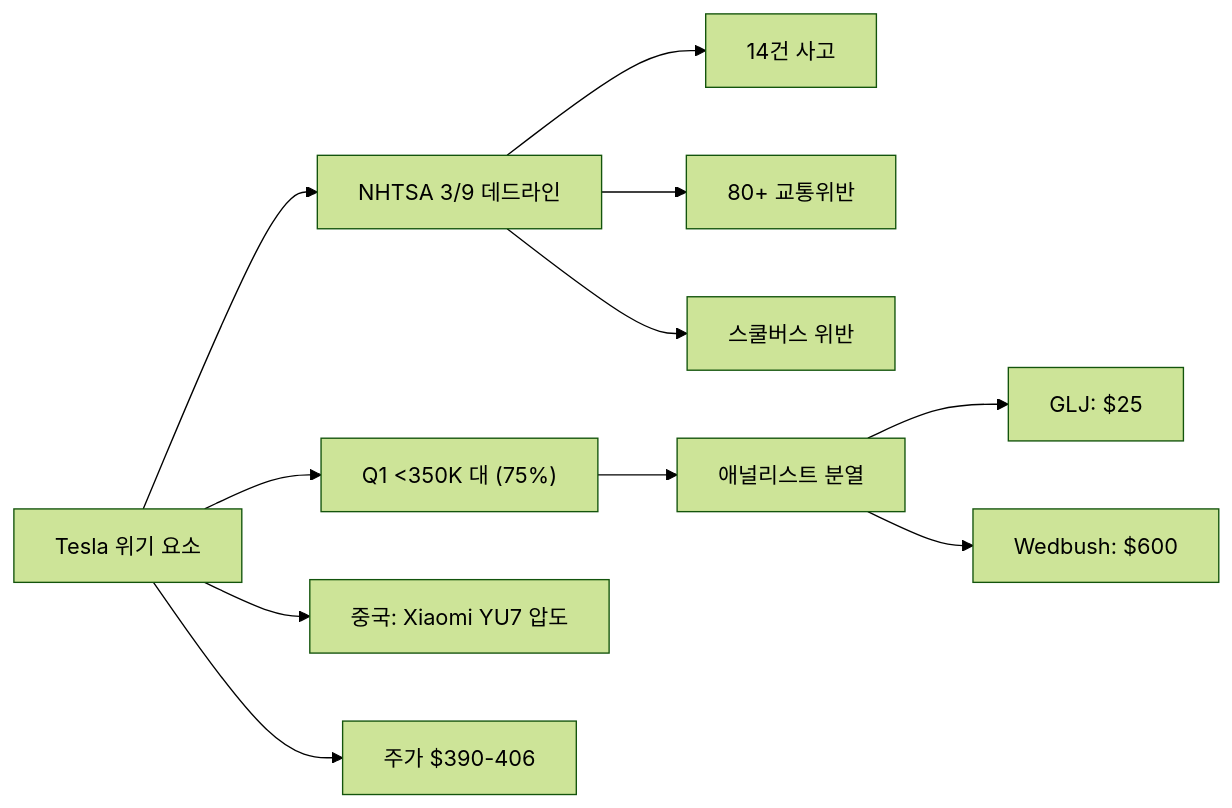
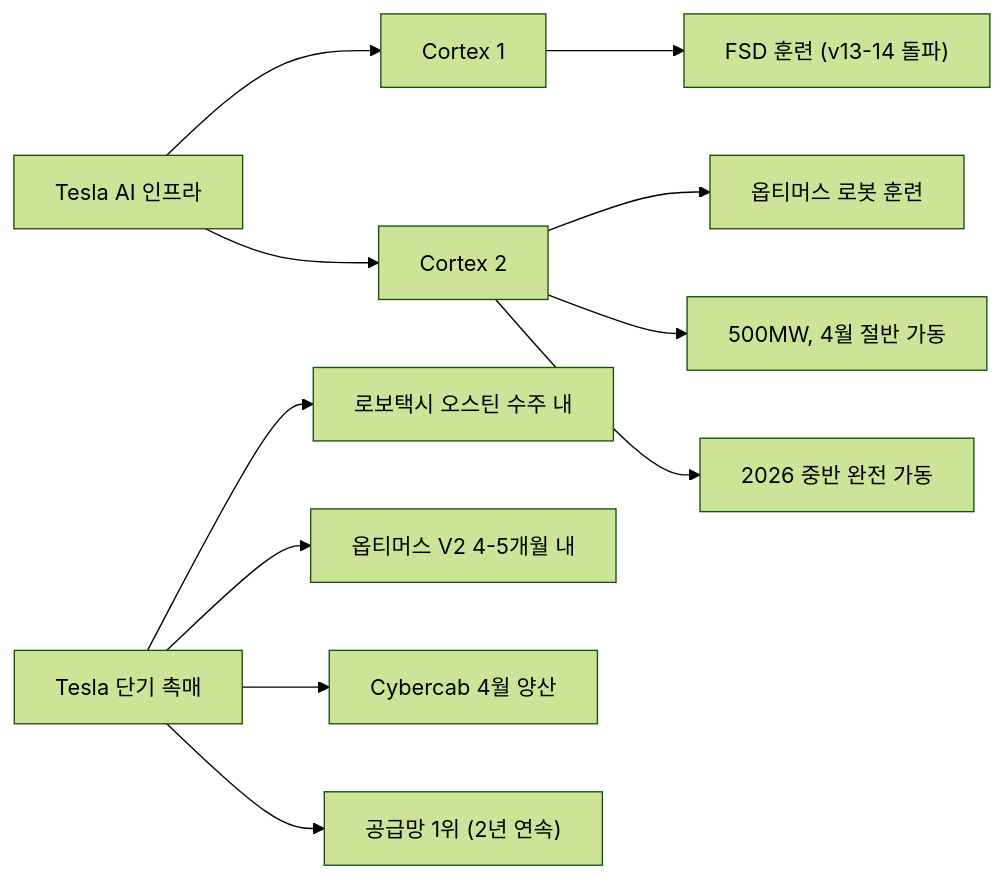
The first of 5 diagrams in _posts/knowledge/invest/2026-01-21-automotive-robotics-sector-outlook-2026.md (dss99911/dss99911.github.io), drawn with Mermaid (forest theme) before and after one commit. The commit also changed other lines of this file and 5 other files, not shown here.

````diff
--- a/_posts/knowledge/invest/2026-01-21-automotive-robotics-sector-outlook-2026.md
+++ b/_posts/knowledge/invest/2026-01-21-automotive-robotics-sector-outlook-2026.md
@@ -38,15 +39,15 @@
 ```mermaid
 graph LR
-    A["Tesla 위기 요소"] --> B["Q1 <350K 대 (75%)"]
-    A --> C["NHTSA 3/9 데드라인"]
-    A --> D["중국: Xiaomi YU7 압도"]
-    A --> E["주가 $390-406"]
+    A["Tesla AI 인프라"] --> B["Cortex 1"]
+    A --> C["Cortex 2"]
 
-    C --> F["14건 사고"]
-    C --> G["80+ 교통위반"]
-    C --> H["스쿨버스 위반"]
+    B --> D["FSD 훈련 (v13-14 돌파)"]
+    C --> E["옵티머스 로봇 훈련"]
+    C --> F["500MW, 4월 절반 가동"]
+    C --> G["2026 중반 완전 가동"]
 
-    B --> I["애널리스트 분열"]
-    I --> J["GLJ: $25"]
-    I --> K["Wedbush: $600"]
+    H["Tesla 단기 촉매"] --> I["로보택시 오스틴 수주 내"]
+    H --> J["옵티머스 V2 4-5개월 내"]
+    H --> K["Cybercab 4월 양산"]
+    H --> L["공급망 1위 (2년 연속)"]
 ```
````
